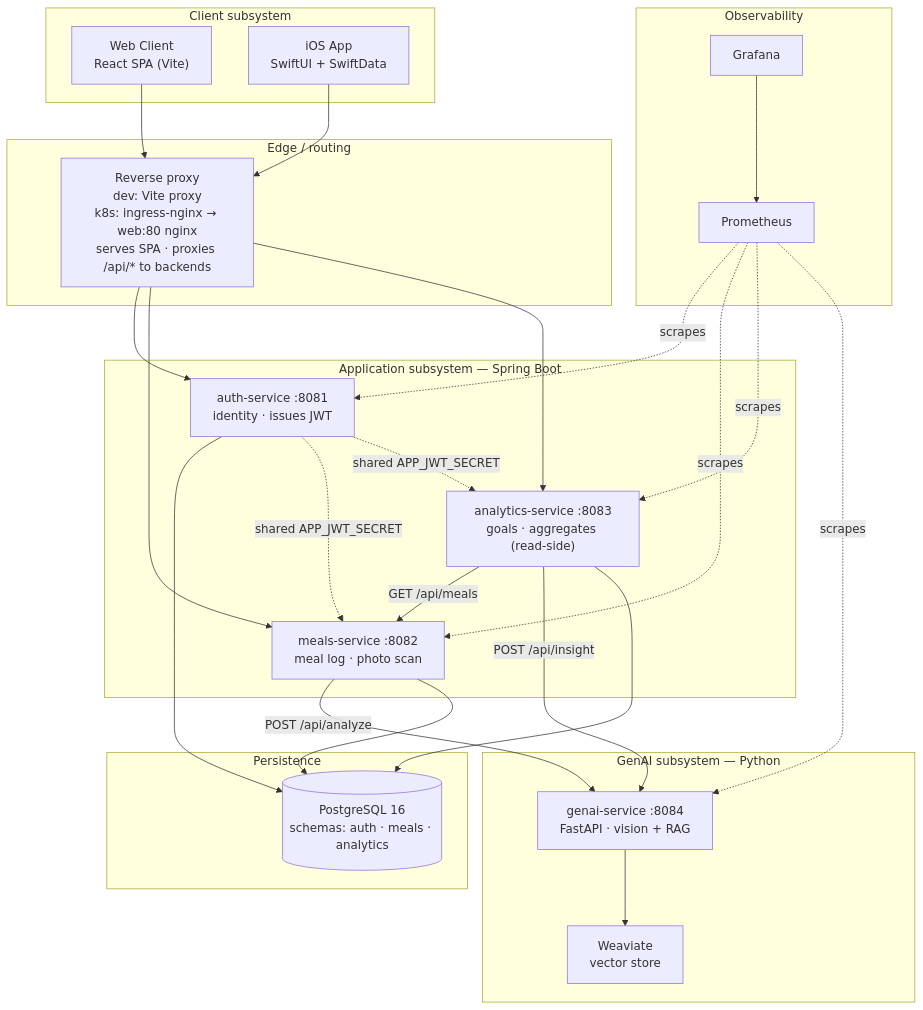
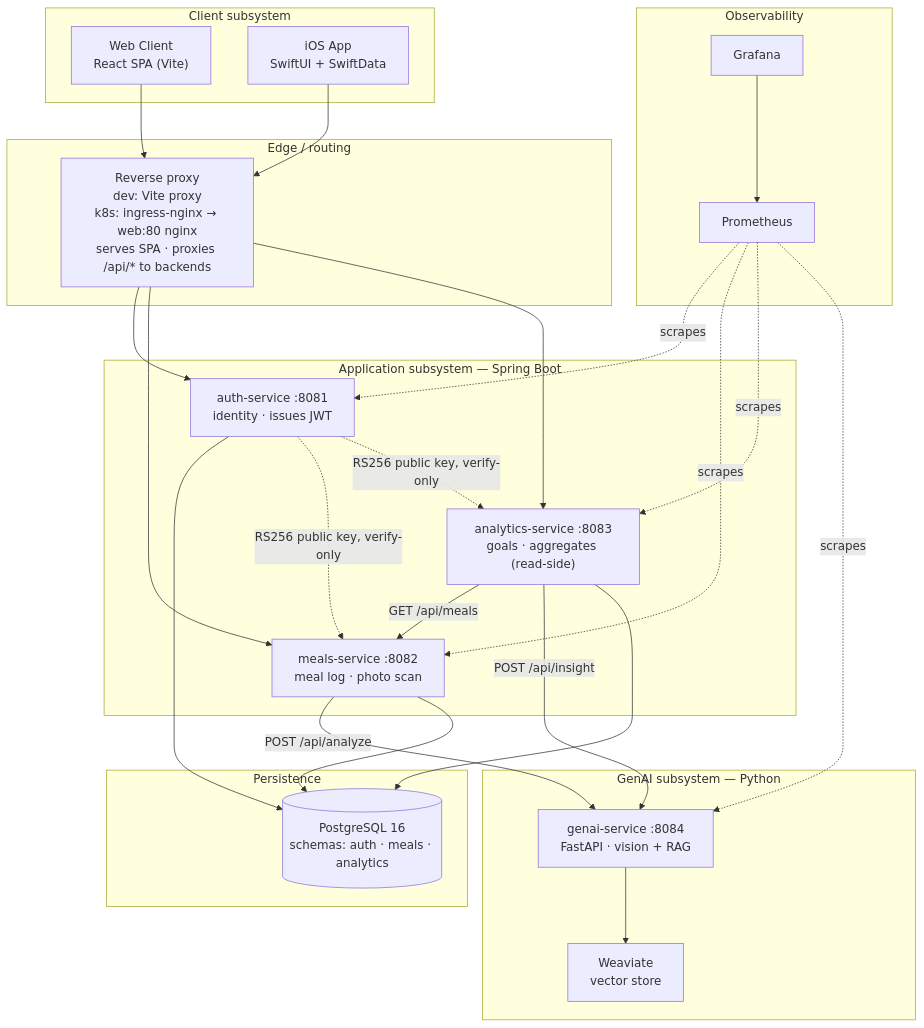
The diagram in docs/System Architecture.md (AET-DevOps26/team-password123), drawn with Mermaid before and after one commit. The commit also changed other lines of this file and 32 other files, not shown here.

````diff
--- a/docs/System Architecture.md
+++ b/docs/System Architecture.md
@@ -18,55 +18,55 @@
 ```mermaid
 flowchart TB
     subgraph Client["Client subsystem"]
         Web["Web Client<br/>React SPA (Vite)"]
         iOS["iOS App<br/>SwiftUI + SwiftData"]
     end
 
     subgraph Edge["Edge / routing"]
         Proxy["Reverse proxy<br/>dev: Vite proxy<br/>k8s: ingress-nginx → web:80 nginx<br/>serves SPA · proxies /api/* to backends"]
     end
 
     subgraph App["Application subsystem — Spring Boot"]
         Auth["auth-service :8081<br/>identity · issues JWT"]
         Meals["meals-service :8082<br/>meal log · photo scan"]
         Analytics["analytics-service :8083<br/>goals · aggregates (read-side)"]
     end
 
     subgraph GenAI["GenAI subsystem — Python"]
         Genai["genai-service :8084<br/>FastAPI · vision + RAG"]
         Weaviate["Weaviate<br/>vector store"]
     end
 
     subgraph Data["Persistence"]
         PG[("PostgreSQL 16<br/>schemas: auth · meals · analytics")]
     end
 
     subgraph Obs["Observability"]
         Prom["Prometheus"]
         Graf["Grafana"]
     end
 
     Web --> Proxy
     iOS --> Proxy
     Proxy --> Auth
     Proxy --> Meals
     Proxy --> Analytics
 
     Meals -->|POST /api/analyze| Genai
     Analytics -->|GET /api/meals| Meals
     Analytics -->|POST /api/insight| Genai
     Genai --> Weaviate
 
     Auth --> PG
     Meals --> PG
     Analytics --> PG
 
     Prom -. scrapes .-> Auth
     Prom -. scrapes .-> Meals
     Prom -. scrapes .-> Analytics
     Prom -. scrapes .-> Genai
     Graf --> Prom
 
-    Auth -. shared APP_JWT_SECRET .-> Meals
-    Auth -. shared APP_JWT_SECRET .-> Analytics
+    Auth -. RS256 public key, verify-only .-> Meals
+    Auth -. RS256 public key, verify-only .-> Analytics
 ```
````
